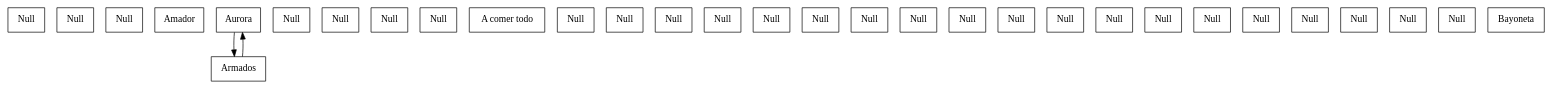
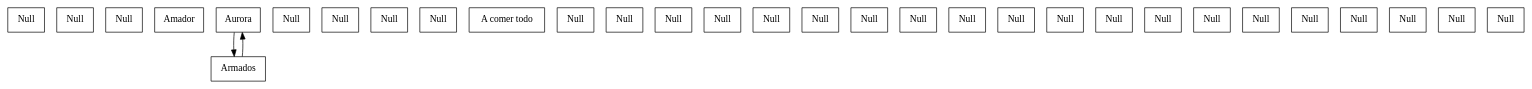
The diagram in reporte.dot (Villa01/EDD_VirtualMall_201900907), drawn with Graphviz before and after one commit. The commit also changed 3 other files, not shown here.

```diff
--- a/reporte.dot
+++ b/reporte.dot
@@ -1,40 +1,39 @@
 digraph reporte {
 	node [ shape= rect label="Null"] v0;
 	node [ shape= rect label="Null"] v1;
 	node [ shape= rect label="Null"] v2;
 	rankdir = "TB"
 	node [ shape= rect label="Amador" ] A41Amador;
 	rankdir = "TB"
 	node [ shape= rect label="Aurora" ] A50Aurora;
 	node [ shape= rect label="Armados" ] A51Aurora;
 	A50Aurora -> A51Aurora;
 	A51Aurora -> A50Aurora;
 	node [ shape= rect label="Null"] v5;
 	node [ shape= rect label="Null"] v6;
 	node [ shape= rect label="Null"] v7;
 	node [ shape= rect label="Null"] v8;
 	rankdir = "TB"
 	node [ shape= rect label="A comer todo" ] A51Acomertodo;
 	node [ shape= rect label="Null"] v10;
 	node [ shape= rect label="Null"] v11;
 	node [ shape= rect label="Null"] v12;
 	node [ shape= rect label="Null"] v13;
 	node [ shape= rect label="Null"] v14;
 	node [ shape= rect label="Null"] v15;
 	node [ shape= rect label="Null"] v16;
 	node [ shape= rect label="Null"] v17;
 	node [ shape= rect label="Null"] v18;
 	node [ shape= rect label="Null"] v19;
 	node [ shape= rect label="Null"] v20;
 	node [ shape= rect label="Null"] v21;
 	node [ shape= rect label="Null"] v22;
 	node [ shape= rect label="Null"] v23;
 	node [ shape= rect label="Null"] v24;
 	node [ shape= rect label="Null"] v25;
 	node [ shape= rect label="Null"] v26;
 	node [ shape= rect label="Null"] v27;
 	node [ shape= rect label="Null"] v28;
-	rankdir = "TB"
-	node [ shape= rect label="Bayoneta" ] B51Bayoneta;
+	node [ shape= rect label="Null"] v29;
 
 }
```
